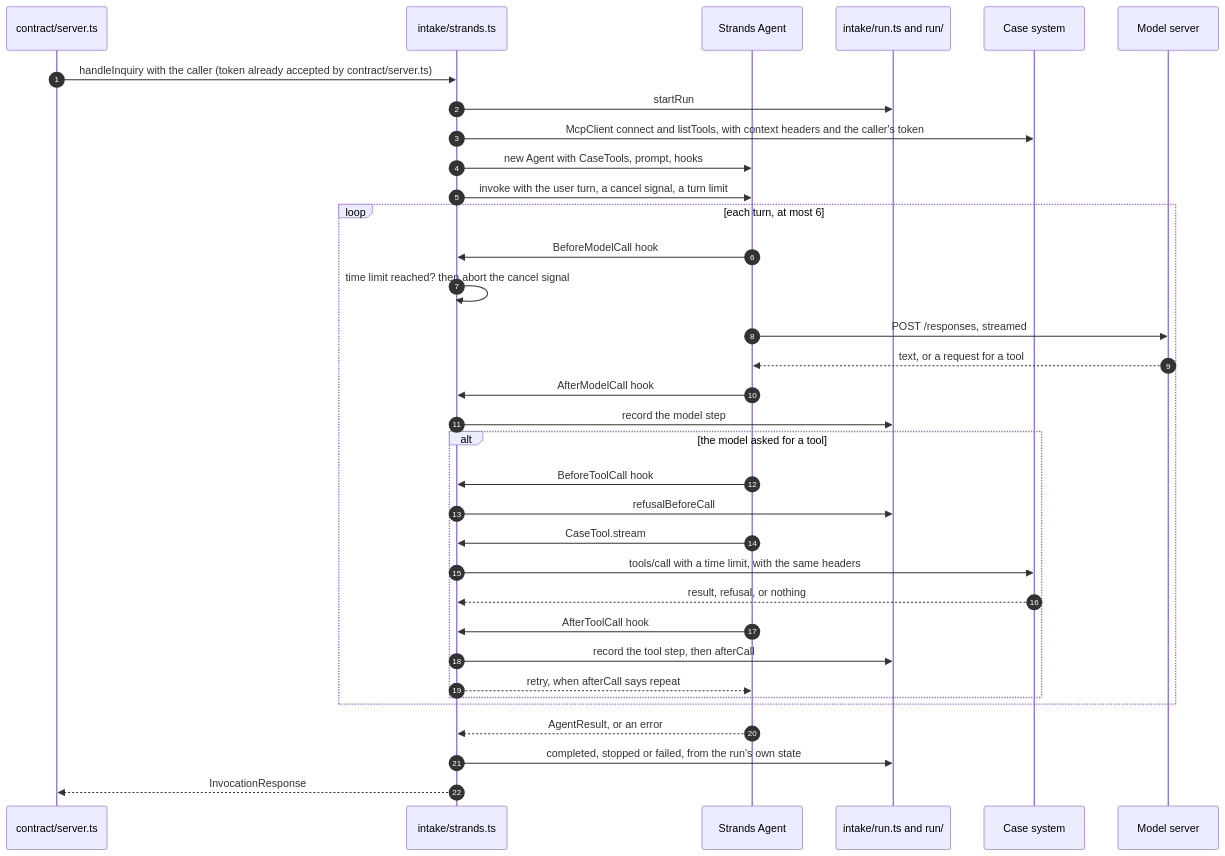
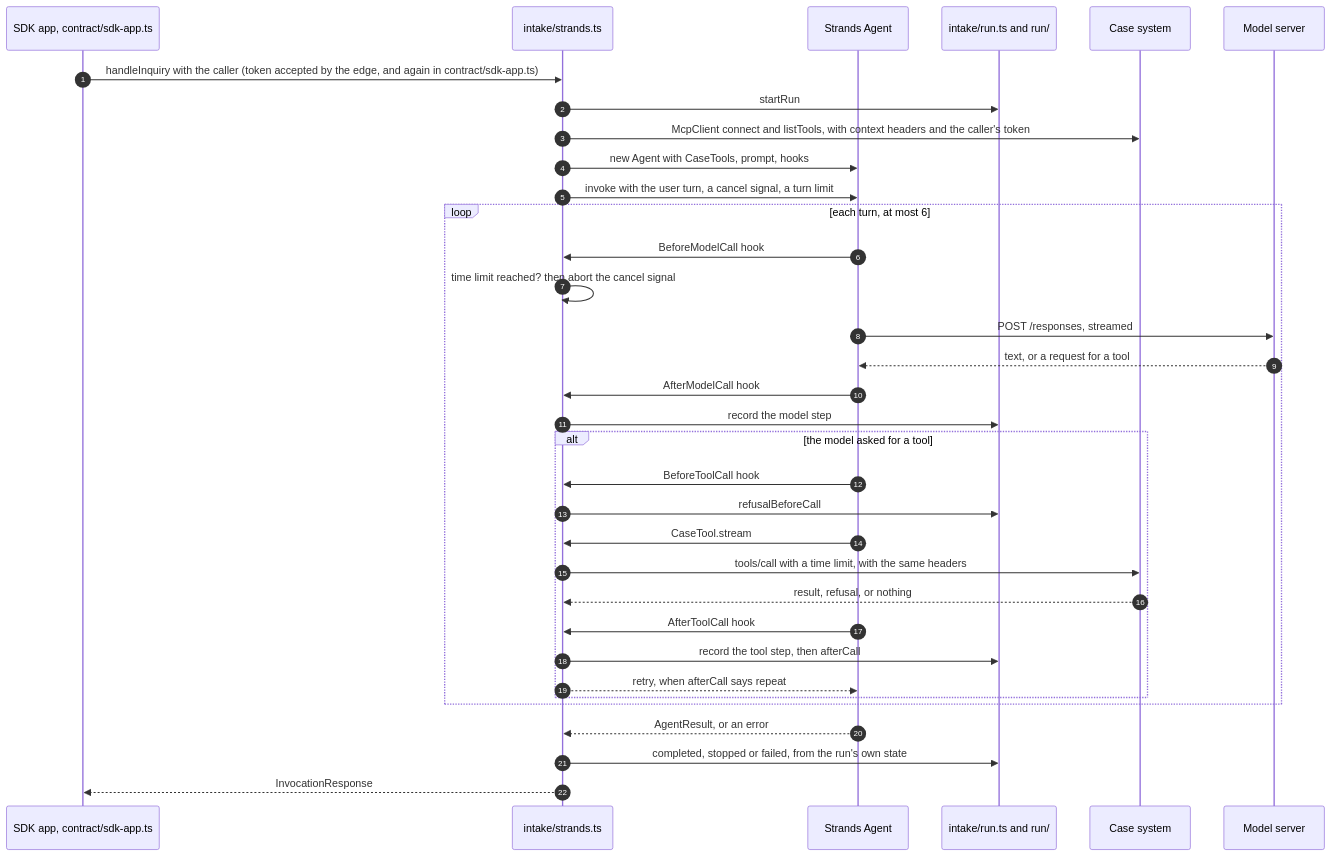
Before and after one commit to AndrewPHunter/ai-on-aws: the second of 2 diagrams in docs/architecture/intake-agent-strands.md, drawn with Mermaid. The commit also changed other lines of this file and 24 other files, not shown here.

````diff
--- a/docs/architecture/intake-agent-strands.md
+++ b/docs/architecture/intake-agent-strands.md
@@ -68,37 +73,37 @@
 ```mermaid
 sequenceDiagram
     autonumber
-    participant S as contract/server.ts
+    participant S as SDK app, contract/sdk-app.ts
     participant O as intake/strands.ts
     participant A as Strands Agent
     participant R as intake/run.ts and run/
     participant K as Case system
     participant V as Model server
 
-    S->>O: handleInquiry with the caller (token already accepted by contract/server.ts)
+    S->>O: handleInquiry with the caller (token accepted by the edge, and again in contract/sdk-app.ts)
     O->>R: startRun
     O->>K: McpClient connect and listTools, with context headers and the caller's token
     O->>A: new Agent with CaseTools, prompt, hooks
     O->>A: invoke with the user turn, a cancel signal, a turn limit
     loop each turn, at most 6
         A->>O: BeforeModelCall hook
         O->>O: time limit reached? then abort the cancel signal
         A->>V: POST /responses, streamed
         V-->>A: text, or a request for a tool
         A->>O: AfterModelCall hook
         O->>R: record the model step
         alt the model asked for a tool
             A->>O: BeforeToolCall hook
             O->>R: refusalBeforeCall
             A->>O: CaseTool.stream
             O->>K: tools/call with a time limit, with the same headers
             K-->>O: result, refusal, or nothing
             A->>O: AfterToolCall hook
             O->>R: record the tool step, then afterCall
             O-->>A: retry, when afterCall says repeat
         end
     end
     A-->>O: AgentResult, or an error
     O->>R: completed, stopped or failed, from the run's own state
     O-->>S: InvocationResponse
 ```
````
